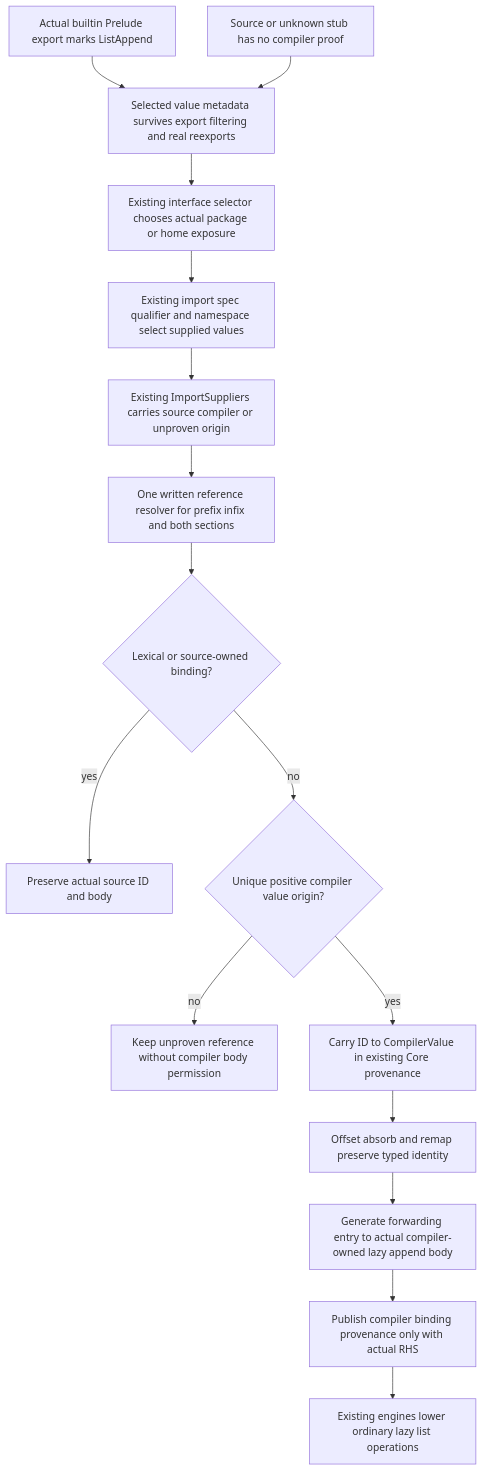
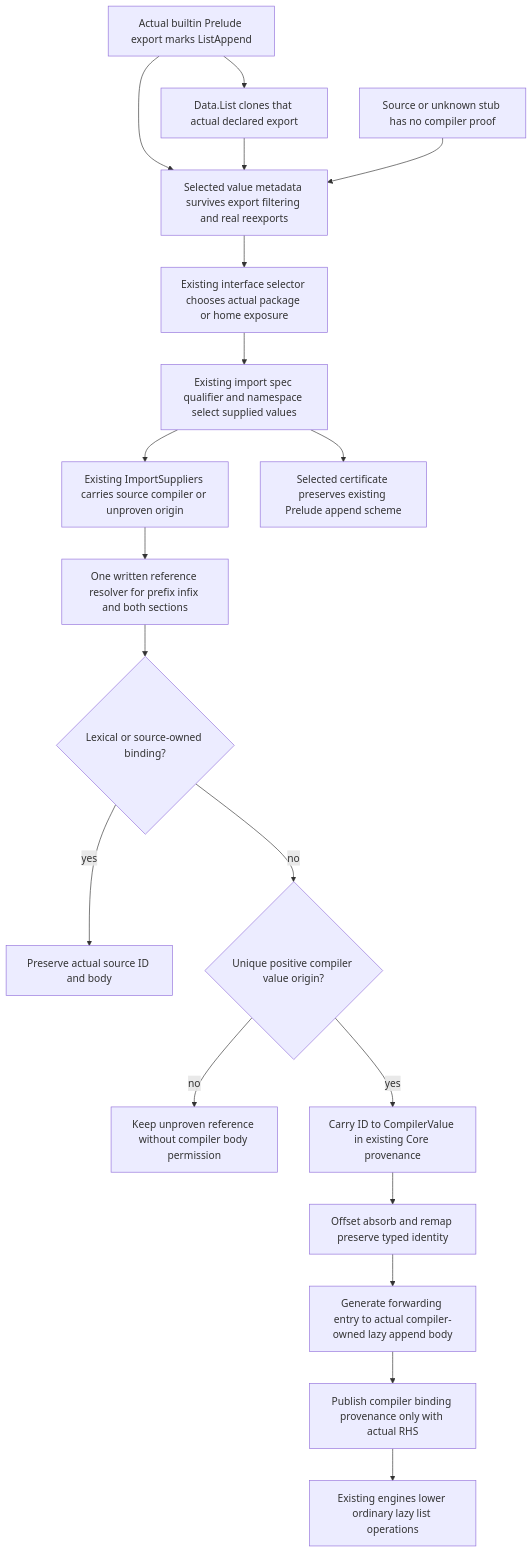
Before and after one commit to loveJesus/haskelujah-chirho: the second of 2 diagrams in spec-chirho/workflows-chirho/compiler-pipeline-chirho/native-symbol-identity-chirho.md, drawn with Mermaid. The commit also changed other lines of this file and 8 other files, not shown here.

First line of the commit message:
Forward certified Data.List append identity Chirho

````diff
--- a/spec-chirho/workflows-chirho/compiler-pipeline-chirho/native-symbol-identity-chirho.md
+++ b/spec-chirho/workflows-chirho/compiler-pipeline-chirho/native-symbol-identity-chirho.md
@@ -125,18 +125,21 @@
 ```mermaid
 flowchart TD
-    builtin_value_chirho[Actual builtin Prelude export marks ListAppend] --> export_copy_chirho[Selected value metadata survives export filtering and real reexports]
+    builtin_value_chirho[Actual builtin Prelude export marks ListAppend] --> declared_forward_chirho[Data.List clones that actual declared export]
+    builtin_value_chirho --> export_copy_chirho[Selected value metadata survives export filtering and real reexports]
+    declared_forward_chirho --> export_copy_chirho
     source_value_chirho[Source or unknown stub has no compiler proof] --> export_copy_chirho
     export_copy_chirho --> select_iface_chirho[Existing interface selector chooses actual package or home exposure]
     select_iface_chirho --> import_shape_chirho[Existing import spec qualifier and namespace select supplied values]
     import_shape_chirho --> suppliers_chirho[Existing ImportSuppliers carries source compiler or unproven origin]
+    import_shape_chirho --> selected_scheme_chirho[Selected certificate preserves existing Prelude append scheme]
     suppliers_chirho --> written_reference_chirho[One written reference resolver for prefix infix and both sections]
     written_reference_chirho --> source_owned_chirho{Lexical or source-owned binding?}
     source_owned_chirho -->|yes| source_body_chirho[Preserve actual source ID and body]
     source_owned_chirho -->|no| certified_value_chirho{Unique positive compiler value origin?}
     certified_value_chirho -->|no| unproven_reference_chirho[Keep unproven reference without compiler body permission]
     certified_value_chirho -->|yes| typed_core_chirho[Carry ID to CompilerValue in existing Core provenance]
     typed_core_chirho --> transport_ids_chirho[Offset absorb and remap preserve typed identity]
     transport_ids_chirho --> generated_entry_chirho[Generate forwarding entry to actual compiler-owned lazy append body]
     generated_entry_chirho --> compiler_binding_chirho[Publish compiler binding provenance only with actual RHS]
     compiler_binding_chirho --> ordinary_lowering_chirho[Existing engines lower ordinary lazy list operations]
 ```
````
